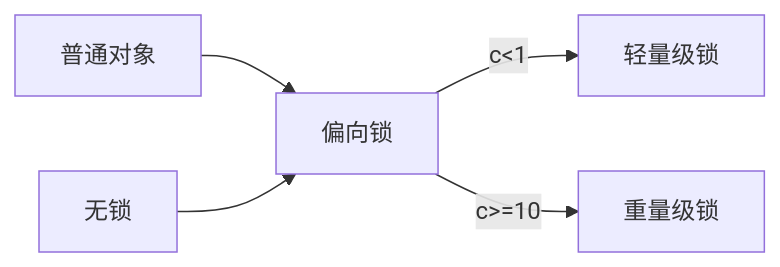
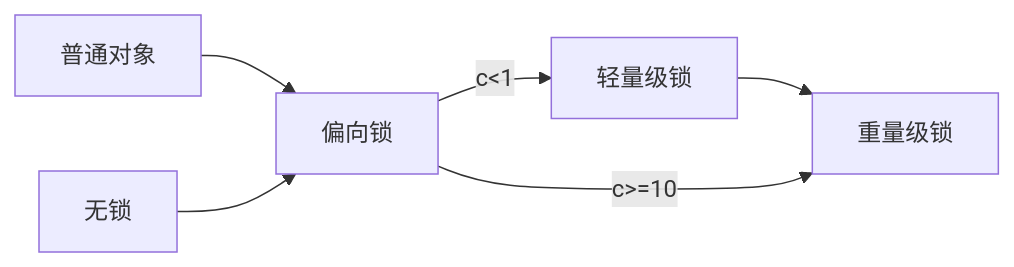
One commit to dreamlikey/note changed the diagram in java/并发编程/6-synchronized.md. Above: the diagram before and after it, drawn with Mermaid. The commit also changed 1 other file, not shown here.

Commit message:
volatile笔记完善

````diff
--- a/java/并发编程/6-synchronized.md
+++ b/java/并发编程/6-synchronized.md
@@ -175,8 +175,10 @@
 ```mermaid
 graph LR
 A[普通对象] -->C[偏向锁]
 B[无锁]    -->C[偏向锁]
 
     C -->|c<1| D[轻量级锁]
+    D[轻量级锁] --> E[重量级锁]
     C -->|c>=10| E[重量级锁]
+    
 ```
````
